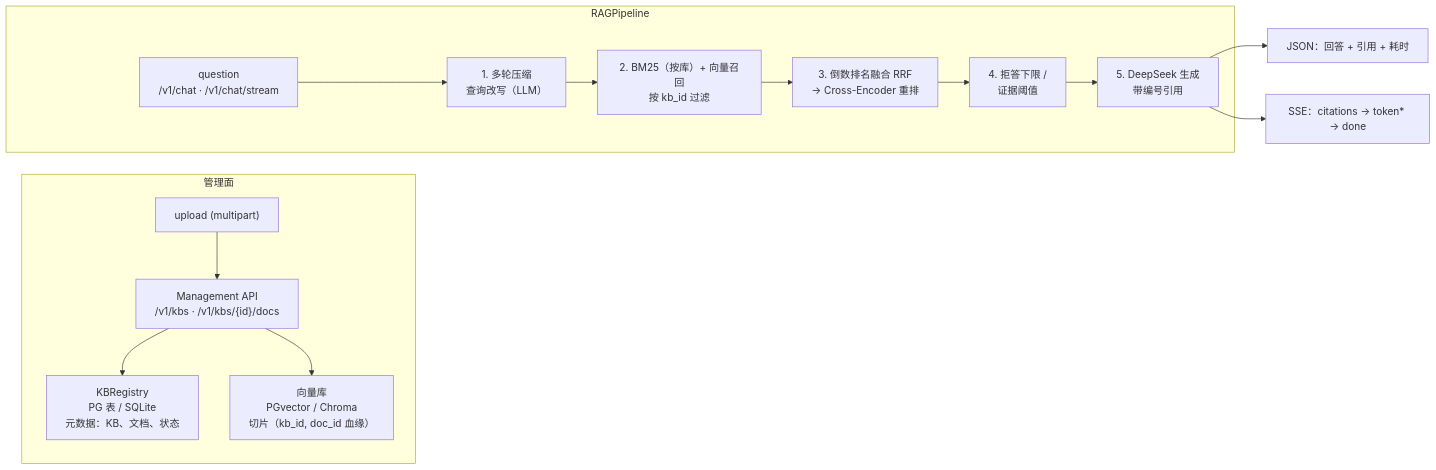
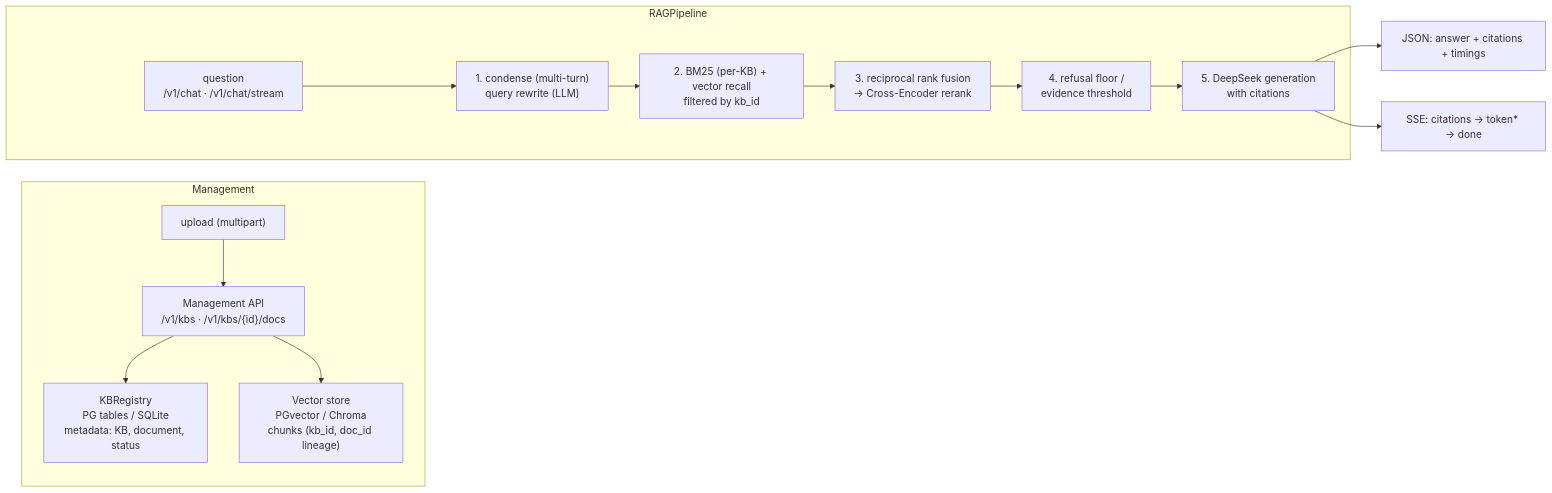
Before and after one commit to zeng-bohan/enterprise-rag-qa: the diagram in README.zh-CN.md, drawn with Mermaid. The commit also changed other lines of this file and 1 other file, not shown here.

````diff
--- a/README.zh-CN.md
+++ b/README.zh-CN.md
@@ -63,19 +74,19 @@
 ```mermaid
 flowchart LR
-    subgraph MGMT[管理面]
+    subgraph MGMT[Management]
         U["upload (multipart)"] --> API["Management API<br/>/v1/kbs · /v1/kbs/{id}/docs"]
-        API --> REG["KBRegistry<br/>PG 表 / SQLite<br/>元数据：KB、文档、状态"]
-        API --> VS["向量库<br/>PGvector / Chroma<br/>切片（kb_id, doc_id 血缘）"]
+        API --> REG["KBRegistry<br/>PG tables / SQLite<br/>metadata: KB, document, status"]
+        API --> VS["Vector store<br/>PGvector / Chroma<br/>chunks (kb_id, doc_id lineage)"]
     end
 
     subgraph PIPE[RAGPipeline]
-        Q["question<br/>/v1/chat · /v1/chat/stream"] --> C["1. 多轮压缩<br/>查询改写（LLM）"]
-        C --> R["2. BM25（按库）+ 向量召回<br/>按 kb_id 过滤"]
-        R --> F["3. 倒数排名融合 RRF<br/>→ Cross-Encoder 重排"]
-        F --> RF["4. 拒答下限 /<br/>证据阈值"]
-        RF --> G["5. DeepSeek 生成<br/>带编号引用"]
+        Q["question<br/>/v1/chat · /v1/chat/stream"] --> C["1. condense (multi-turn)<br/>query rewrite (LLM)"]
+        C --> R["2. BM25 (per-KB) + vector recall<br/>filtered by kb_id"]
+        R --> F["3. reciprocal rank fusion<br/>→ Cross-Encoder rerank"]
+        F --> RF["4. refusal floor /<br/>evidence threshold"]
+        RF --> G["5. DeepSeek generation<br/>with citations"]
     end
 
-    G --> J["JSON：回答 + 引用 + 耗时"]
-    G --> S["SSE：citations → token* → done"]
+    G --> J["JSON: answer + citations + timings"]
+    G --> S["SSE: citations → token* → done"]
 ```
````
